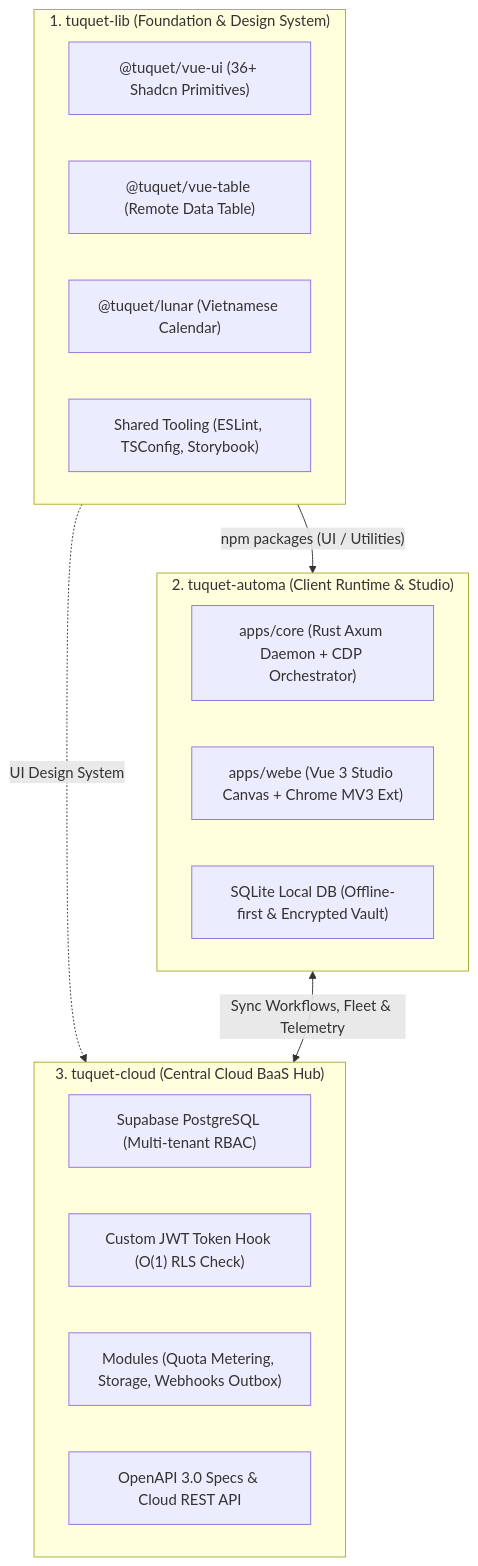
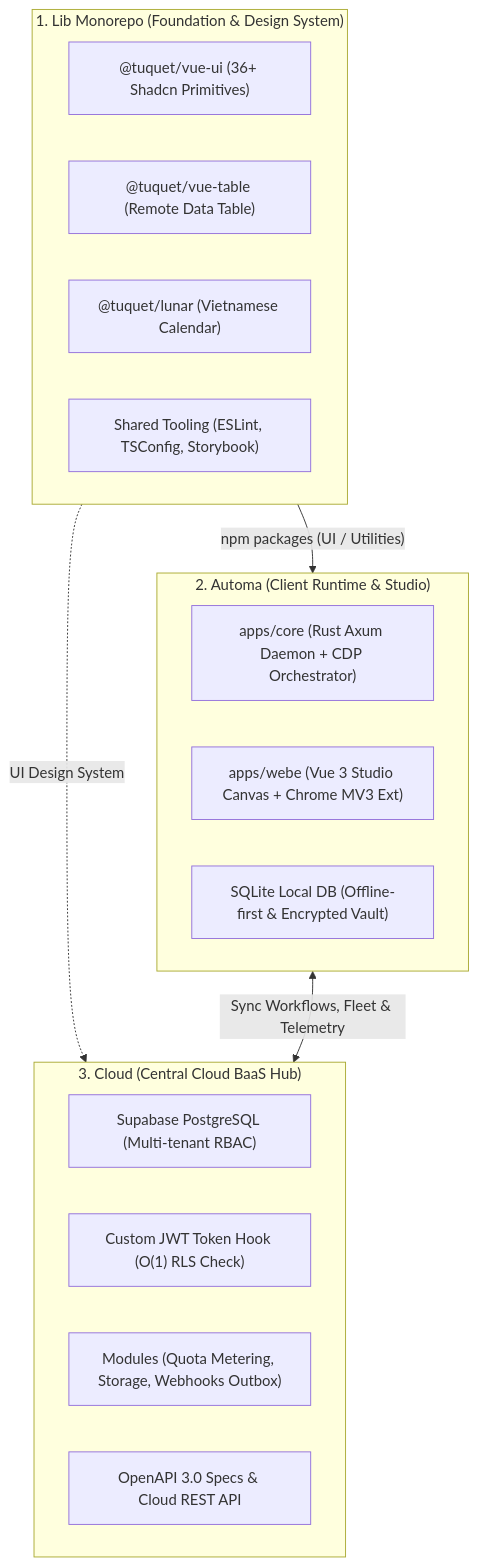
The diagram in ROADMAP.md (tuquet/automa), drawn with Mermaid before and after one commit. The commit also changed other lines of this file and 26 other files, not shown here.

````diff
--- a/ROADMAP.md
+++ b/ROADMAP.md
@@ -11,26 +11,26 @@
 ```mermaid
 flowchart TD
-    subgraph LIB["1. tuquet-lib (Foundation & Design System)"]
+    subgraph LIB["1. Lib Monorepo (Foundation & Design System)"]
         UI["@tuquet/vue-ui (36+ Shadcn Primitives)"]
         TABLE["@tuquet/vue-table (Remote Data Table)"]
         LUNAR["@tuquet/lunar (Vietnamese Calendar)"]
         TOOLING["Shared Tooling (ESLint, TSConfig, Storybook)"]
     end
 
-    subgraph AUTOMA["2. tuquet-automa (Client Runtime & Studio)"]
+    subgraph AUTOMA["2. Automa (Client Runtime & Studio)"]
         CORE["apps/core (Rust Axum Daemon + CDP Orchestrator)"]
         WEBE["apps/webe (Vue 3 Studio Canvas + Chrome MV3 Ext)"]
         LOCAL_DB["SQLite Local DB (Offline-first & Encrypted Vault)"]
     end
 
-    subgraph CLOUD["3. tuquet-cloud (Central Cloud BaaS Hub)"]
+    subgraph CLOUD["3. Cloud (Central Cloud BaaS Hub)"]
         SUPABASE["Supabase PostgreSQL (Multi-tenant RBAC)"]
         JWT["Custom JWT Token Hook (O(1) RLS Check)"]
         MODULES["Modules (Quota Metering, Storage, Webhooks Outbox)"]
         OPENAPI["OpenAPI 3.0 Specs & Cloud REST API"]
     end
 
     LIB -->|"npm packages (UI / Utilities)"| AUTOMA
     LIB -.->|"UI Design System"| CLOUD
     AUTOMA <-->|"Sync Workflows, Fleet & Telemetry"| CLOUD
 ```
````
